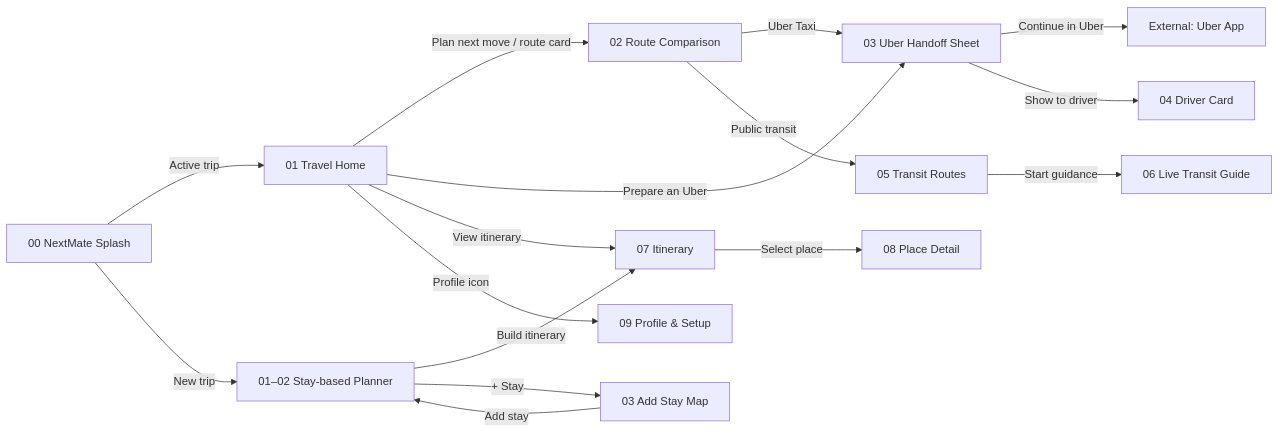
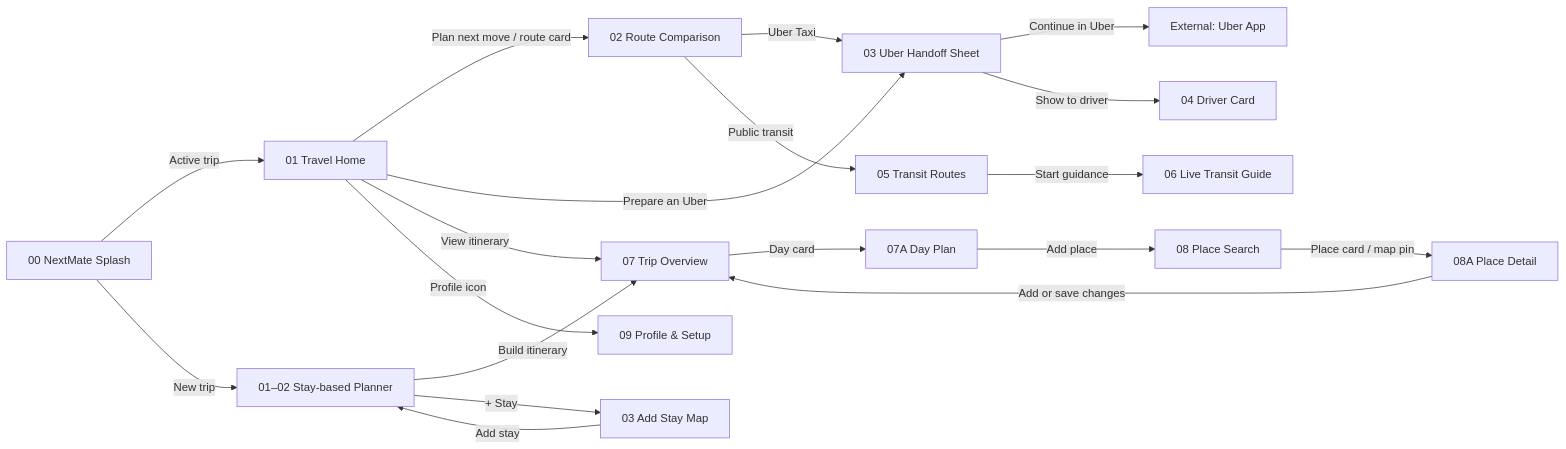
The diagram in docs/screen-flow.md (Minthug/TripProject), drawn with Mermaid before and after one commit. The commit also changed other lines of this file and 11 other files, not shown here.

````diff
--- a/docs/screen-flow.md
+++ b/docs/screen-flow.md
@@ -6,32 +6,37 @@
 ```mermaid
 flowchart LR
     Splash[00 NextMate Splash]
     Setup[01–02 Stay-based Planner]
     AddStay[03 Add Stay Map]
     Home[01 Travel Home]
     Compare[02 Route Comparison]
     Taxi[03 Uber Handoff Sheet]
     Uber[External: Uber App]
     Driver[04 Driver Card]
     Transit[05 Transit Routes]
     Guide[06 Live Transit Guide]
-    Itinerary[07 Itinerary]
-    Place[08 Place Detail]
+    Itinerary[07 Trip Overview]
+    Day[07A Day Plan]
+    Place[08 Place Search]
+    Detail[08A Place Detail]
     Profile[09 Profile & Setup]
 
     Splash -->|Active trip| Home
     Splash -->|New trip| Setup
     Setup -->|Build itinerary| Itinerary
     Setup -->|+ Stay| AddStay
     AddStay -->|Add stay| Setup
     Home -->|Plan next move / route card| Compare
     Home -->|Prepare an Uber| Taxi
     Home -->|View itinerary| Itinerary
     Home -->|Profile icon| Profile
     Compare -->|Uber Taxi| Taxi
     Compare -->|Public transit| Transit
     Taxi -->|Continue in Uber| Uber
     Taxi -->|Show to driver| Driver
     Transit -->|Start guidance| Guide
-    Itinerary -->|Select place| Place
+    Itinerary -->|Day card| Day
+    Day -->|Add place| Place
+    Place -->|Place card / map pin| Detail
+    Detail -->|Add or save changes| Itinerary
 ```
````
